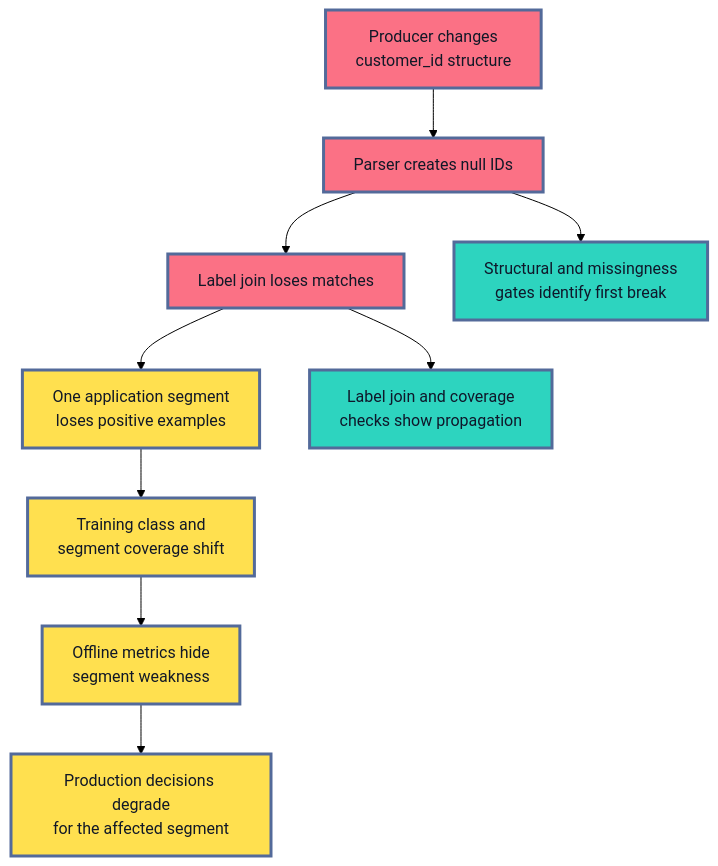
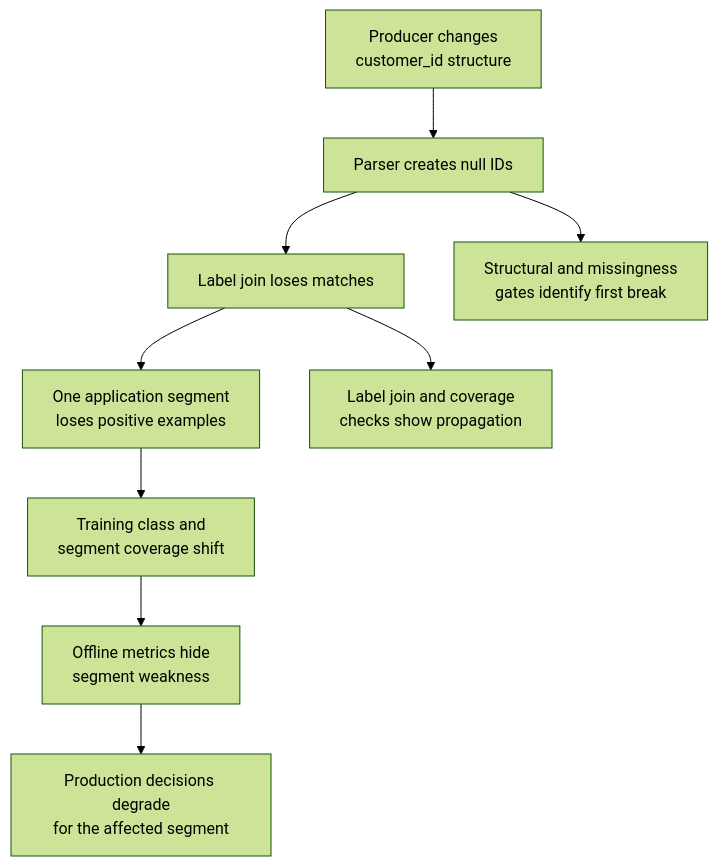
One commit to senlinyy/dev-roadmaps changed the fifth of 6 diagrams in roadmaps/mlops/modules/data-for-ml-systems/data-quality/02-schema-checks-missing-values-bad-labels.md. Above: the diagram before and after it, drawn with Mermaid (forest theme). The commit also changed other lines of this file and 152 other files, not shown here.

Commit message:
feat: mlops and diagrams updated

````diff
--- a/roadmaps/mlops/modules/data-for-ml-systems/data-quality/02-schema-checks-missing-values-bad-labels.md
+++ b/roadmaps/mlops/modules/data-for-ml-systems/data-quality/02-schema-checks-missing-values-bad-labels.md
@@ -429,18 +413,15 @@
 ```mermaid
 flowchart TD
     A["Producer changes<br/>customer_id structure"] --> B["Parser creates null IDs"]
     B --> C["Label join loses matches"]
     C --> D["One application segment<br/>loses positive examples"]
     D --> E["Training class and<br/>segment coverage shift"]
     E --> F["Offline metrics hide<br/>segment weakness"]
     F --> G["Production decisions degrade<br/>for the affected segment"]
     B --> H["Structural and missingness<br/>gates identify first break"]
     C --> I["Label join and coverage<br/>checks show propagation"]
 
-    classDef defect fill:#FB7185,stroke:#536A9A,stroke-width:3px,color:#111827
-    classDef impact fill:#FFE04F,stroke:#536A9A,stroke-width:3px,color:#111827
-    classDef evidence fill:#2DD4BF,stroke:#536A9A,stroke-width:3px,color:#0F172A
     class A,B,C defect
     class D,E,F,G impact
     class H,I evidence
 ```
````
